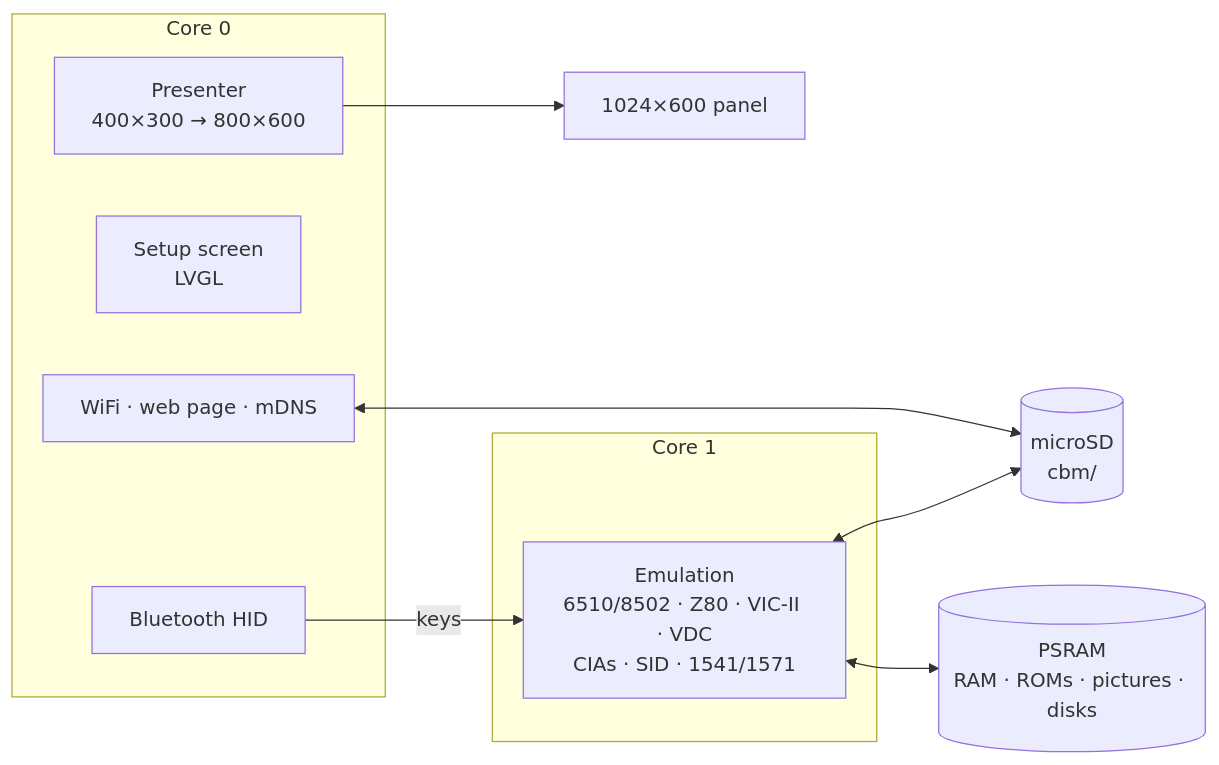
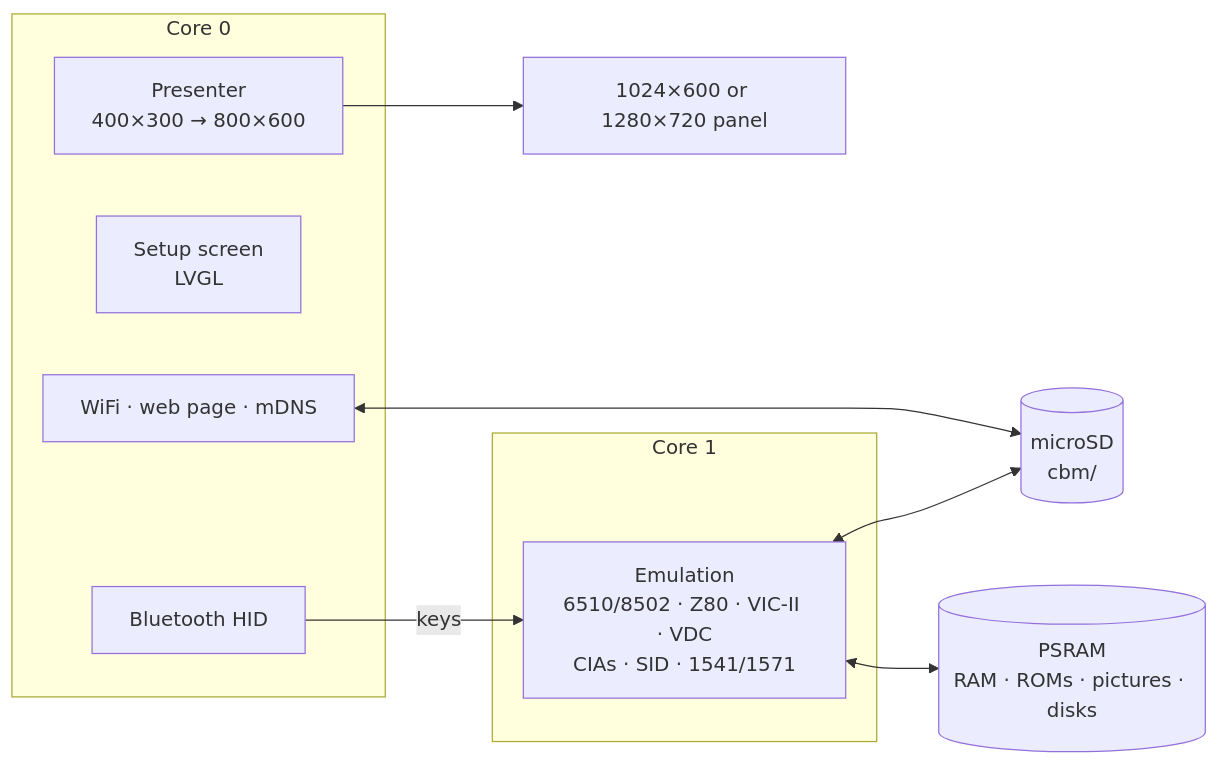
One commit to rlucencic/esp32cbm changed the diagram in README.md. Above: the diagram before and after it, drawn with Mermaid. The commit also changed other lines of this file and 3 other files, not shown here.

````diff
--- a/README.md
+++ b/README.md
@@ -195,19 +201,19 @@
 ```mermaid
 flowchart LR
   subgraph core1 [Core 1]
     EMU["Emulation<br>6510/8502 · Z80 · VIC-II · VDC<br>CIAs · SID · 1541/1571"]
   end
   subgraph core0 [Core 0]
     PRES[Presenter<br>400×300 → 800×600]
     UI[Setup screen<br>LVGL]
     NET[WiFi · web page · mDNS]
     BLE[Bluetooth HID]
   end
   PSRAM[(PSRAM<br>RAM · ROMs · pictures · disks)]
   SD[(microSD<br>cbm/)]
   EMU <--> PSRAM
-  PRES --> LCD[1024×600 panel]
+  PRES --> LCD[1024×600 or 1280×720 panel]
   BLE -- keys --> EMU
   EMU <--> SD
   NET <--> SD
 ```
````
